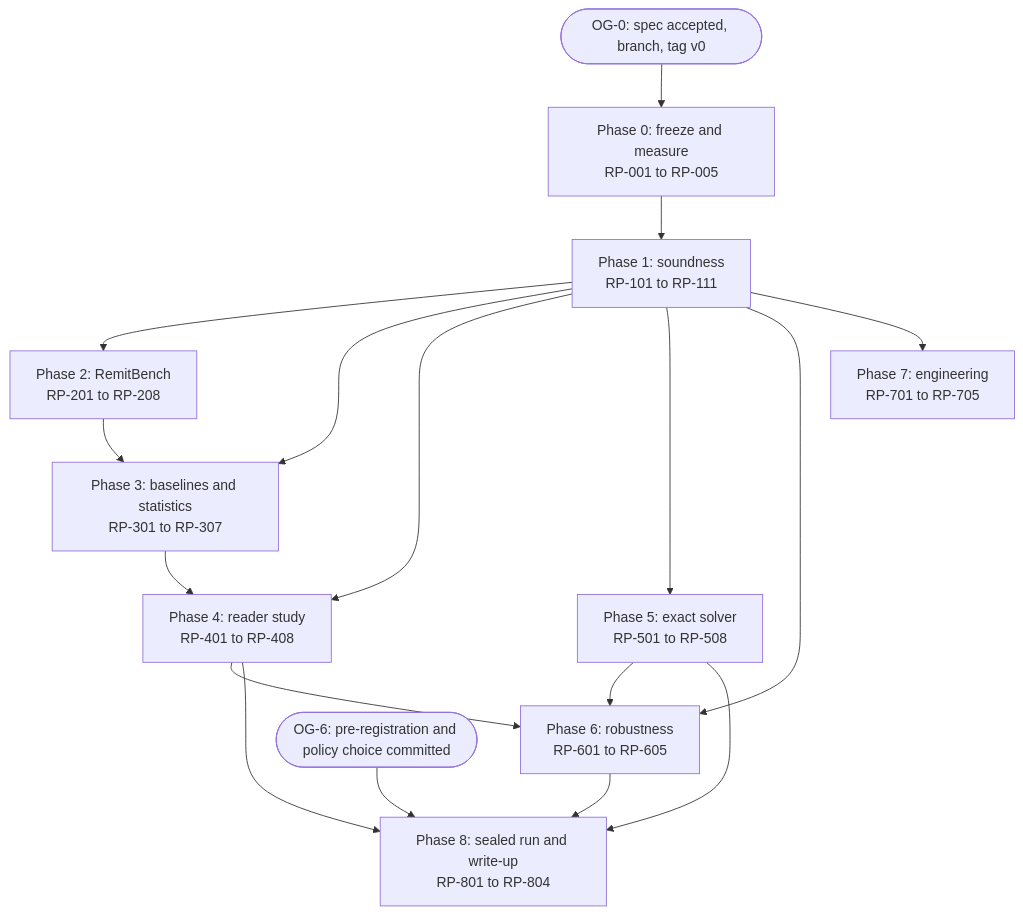
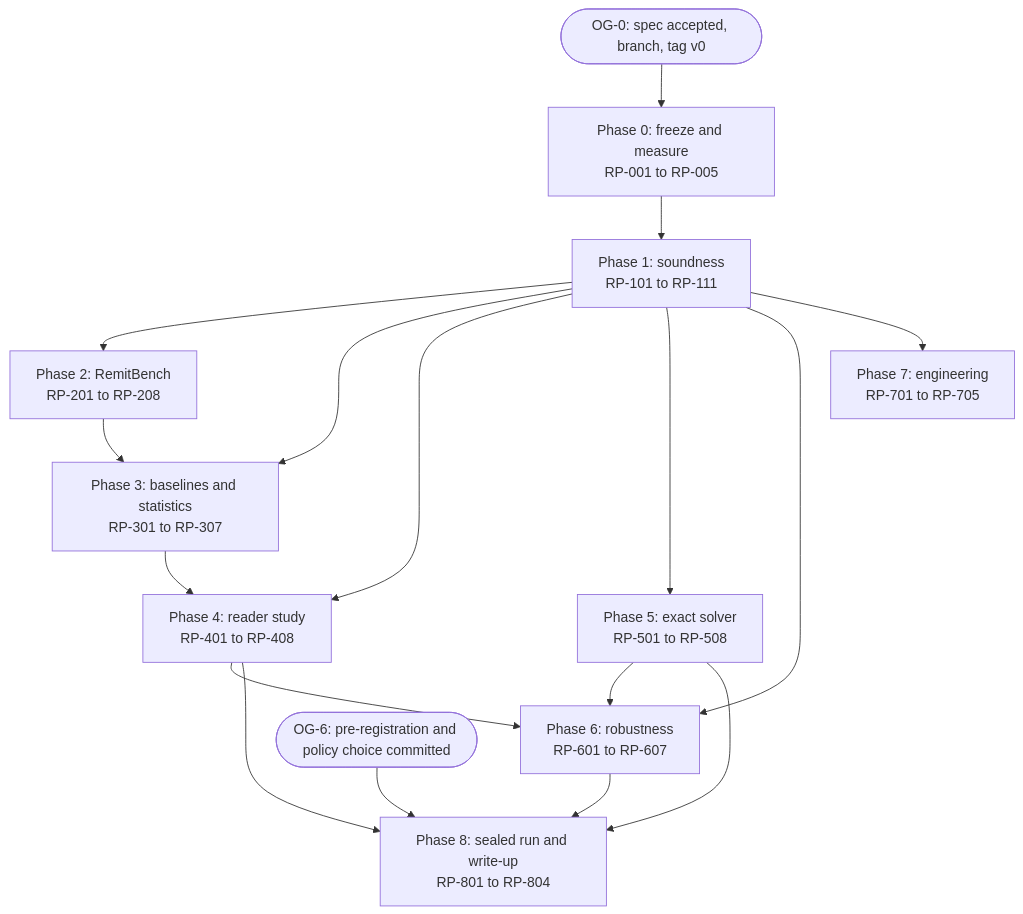
One commit to Prithvi8706/RemitProof changed the first of 2 diagrams in spec/DEPENDENCY_GRAPH.md. Above: the diagram before and after it, drawn with Mermaid. The commit also changed other lines of this file and 14 other files, not shown here.

````diff
--- a/spec/DEPENDENCY_GRAPH.md
+++ b/spec/DEPENDENCY_GRAPH.md
@@ -7,19 +7,19 @@
 ```mermaid
 flowchart TD
     OG0(["OG-0: spec accepted, branch, tag v0"]) --> P0
     P0["Phase 0: freeze and measure<br/>RP-001 to RP-005"] --> P1["Phase 1: soundness<br/>RP-101 to RP-111"]
     P1 --> P2["Phase 2: RemitBench<br/>RP-201 to RP-208"]
     P1 --> P3["Phase 3: baselines and statistics<br/>RP-301 to RP-307"]
     P2 --> P3
     P1 --> P4["Phase 4: reader study<br/>RP-401 to RP-408"]
     P3 --> P4
     P1 --> P5["Phase 5: exact solver<br/>RP-501 to RP-508"]
-    P1 --> P6["Phase 6: robustness<br/>RP-601 to RP-605"]
+    P1 --> P6["Phase 6: robustness<br/>RP-601 to RP-607"]
     P4 --> P6
     P5 --> P6
     P1 --> P7["Phase 7: engineering<br/>RP-701 to RP-705"]
     P4 --> P8["Phase 8: sealed run and write-up<br/>RP-801 to RP-804"]
     P5 --> P8
     P6 --> P8
     OG6(["OG-6: pre-registration and policy choice committed"]) --> P8
 ```
````
